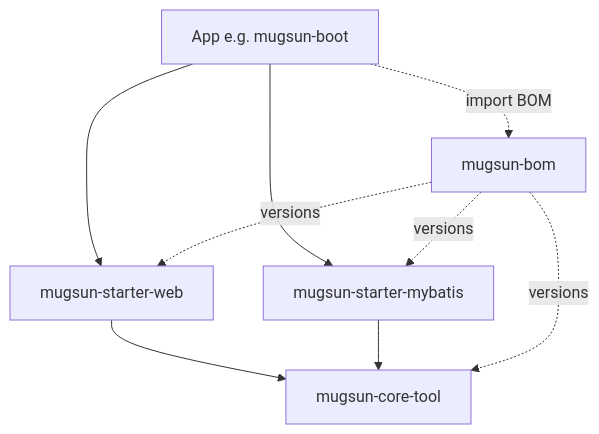
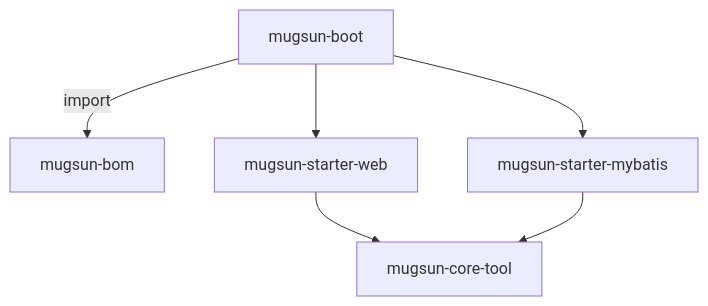
The diagram in README_EN.md (mugsun/mugsun-core), drawn with Mermaid before and after one commit. The commit also changed other lines of this file and 1 other file, not shown here.

````diff
--- a/README_EN.md
+++ b/README_EN.md
@@ -30,17 +74,8 @@
 ```mermaid
-graph TD
-  BIZ["App e.g. mugsun-boot"]
-  BOM["mugsun-bom"]
-  TOOL["mugsun-core-tool"]
-  WEB["mugsun-starter-web"]
-  MB["mugsun-starter-mybatis"]
-
-  BIZ -.->|import BOM| BOM
-  BIZ --> WEB
-  BIZ --> MB
-  WEB --> TOOL
+flowchart TB
+  BOOT["mugsun-boot"] -->|import| BOM["mugsun-bom"]
+  BOOT --> WEB["mugsun-starter-web"]
+  BOOT --> MB["mugsun-starter-mybatis"]
+  WEB --> TOOL["mugsun-core-tool"]
   MB --> TOOL
-  BOM -.->|versions| TOOL
-  BOM -.->|versions| WEB
-  BOM -.->|versions| MB
 ```
````
